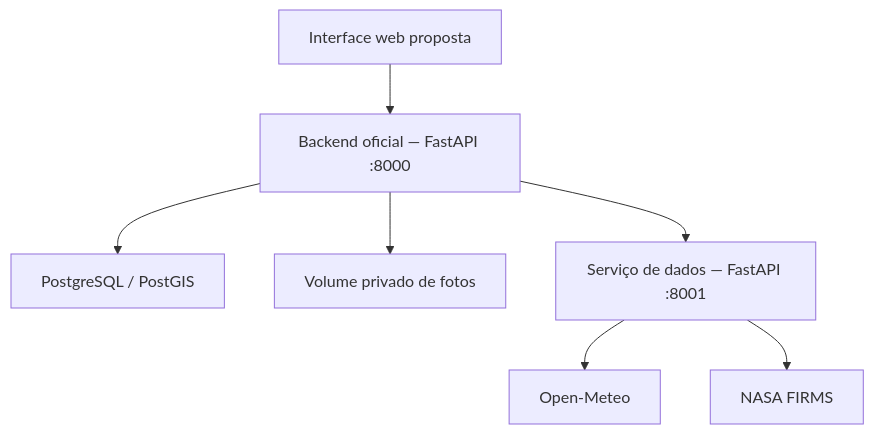
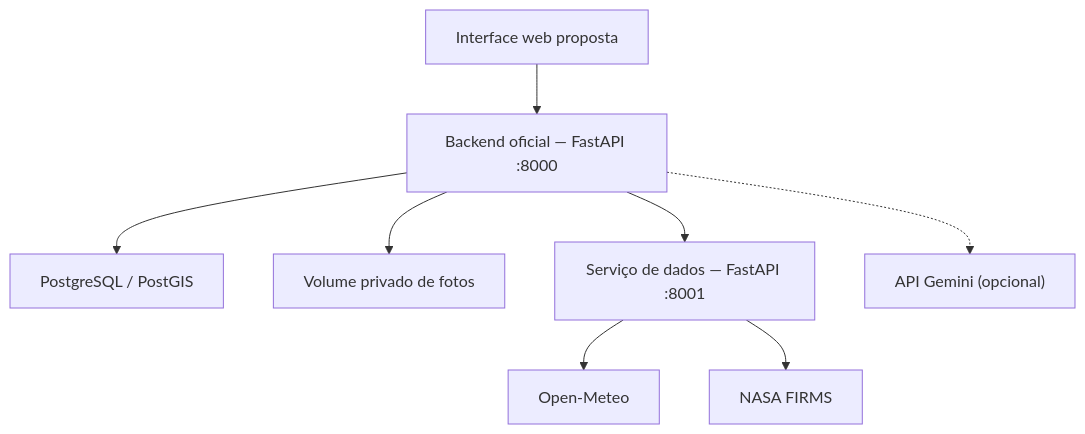
Before and after one commit to armandor123/terra-firma: the first of 2 diagrams in README.pt-BR.md, drawn with Mermaid. The commit also changed other lines of this file and 10 other files, not shown here.

````diff
--- a/README.pt-BR.md
+++ b/README.pt-BR.md
@@ -105,9 +105,10 @@
 ```mermaid
 flowchart TD
     M["Interface web proposta"] --> B["Backend oficial — FastAPI :8000"]
     B --> P["PostgreSQL / PostGIS"]
     B --> F["Volume privado de fotos"]
     B --> D["Serviço de dados — FastAPI :8001"]
+    B -.-> V["API Gemini (opcional)"]
     D --> W["Open-Meteo"]
     D --> N["NASA FIRMS"]
 ```
````
